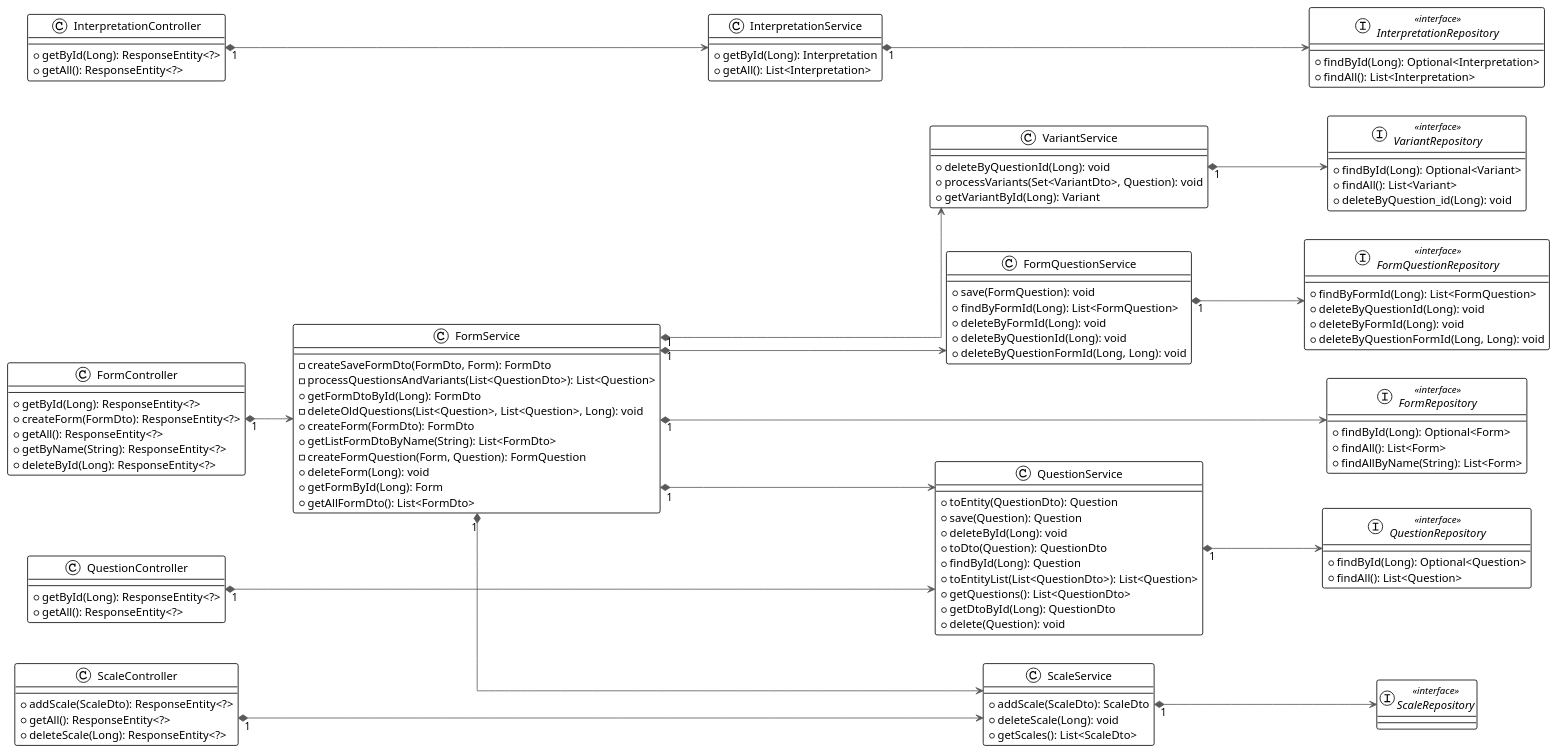
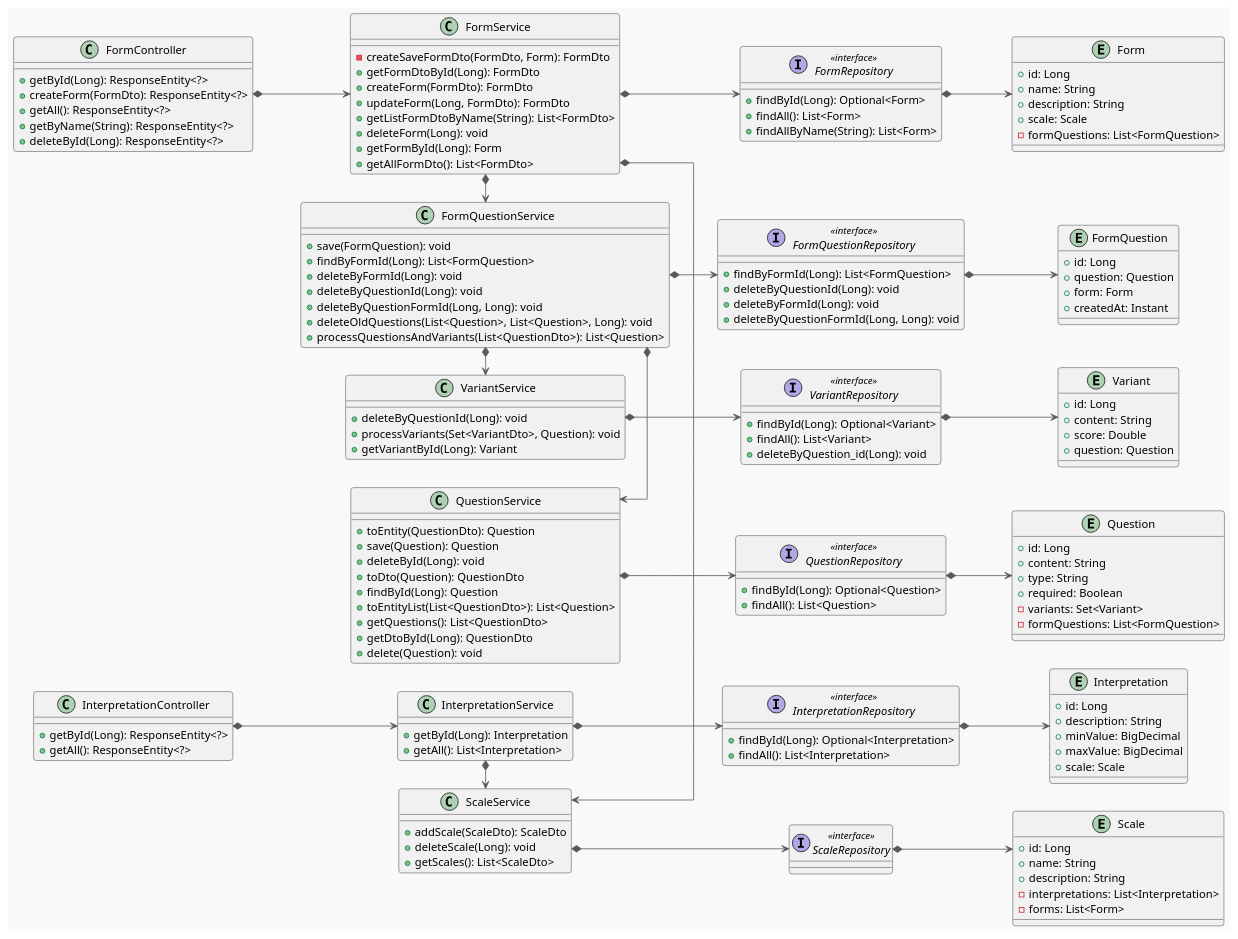
One commit to giezz/rc-arm-modules-back changed the diagram in questionnaire/uml/questionnaire.plantuml. Above: the diagram before and after it, drawn with PlantUML. The commit also changed 9 other files, not shown here.

Commit message:
refactoring in FormService & update plantuml

```diff
--- a/questionnaire/uml/questionnaire.plantuml
+++ b/questionnaire/uml/questionnaire.plantuml
@@ -1,113 +1,151 @@
 @startuml
 
-!theme plain
+!theme mars
 top to bottom direction
 skinparam linetype ortho
 left to right direction
 
 class FormController {
   + getById(Long): ResponseEntity<?>
   + createForm(FormDto): ResponseEntity<?>
   + getAll(): ResponseEntity<?>
   + getByName(String): ResponseEntity<?>
   + deleteById(Long): ResponseEntity<?>
 }
 interface FormQuestionRepository << interface >> {
   + findByFormId(Long): List<FormQuestion>
   + deleteByQuestionId(Long): void
   + deleteByFormId(Long): void
   + deleteByQuestionFormId(Long, Long): void
 }
 interface FormRepository << interface >> {
   + findById(Long): Optional<Form>
   + findAll(): List<Form>
   + findAllByName(String): List<Form>
 }
 class FormService {
   - createSaveFormDto(FormDto, Form): FormDto
-  - processQuestionsAndVariants(List<QuestionDto>): List<Question>
   + getFormDtoById(Long): FormDto
-  - deleteOldQuestions(List<Question>, List<Question>, Long): void
   + createForm(FormDto): FormDto
+  + updateForm(Long, FormDto): FormDto
   + getListFormDtoByName(String): List<FormDto>
-  - createFormQuestion(Form, Question): FormQuestion
   + deleteForm(Long): void
   + getFormById(Long): Form
   + getAllFormDto(): List<FormDto>
 }
 class InterpretationController {
   + getById(Long): ResponseEntity<?>
   + getAll(): ResponseEntity<?>
 }
 interface InterpretationRepository << interface >> {
   + findById(Long): Optional<Interpretation>
   + findAll(): List<Interpretation>
 }
 class InterpretationService {
   + getById(Long): Interpretation
   + getAll(): List<Interpretation>
 }
-class QuestionController {
-  + getById(Long): ResponseEntity<?>
-  + getAll(): ResponseEntity<?>
-}
 interface QuestionRepository << interface >> {
   + findById(Long): Optional<Question>
   + findAll(): List<Question>
 }
 class QuestionService {
   + toEntity(QuestionDto): Question
   + save(Question): Question
   + deleteById(Long): void
   + toDto(Question): QuestionDto
   + findById(Long): Question
   + toEntityList(List<QuestionDto>): List<Question>
   + getQuestions(): List<QuestionDto>
   + getDtoById(Long): QuestionDto
   + delete(Question): void
-}
-class ScaleController {
-  + addScale(ScaleDto): ResponseEntity<?>
-  + getAll(): ResponseEntity<?>
-  + deleteScale(Long): ResponseEntity<?>
 }
 interface ScaleRepository << interface >>
 class ScaleService {
   + addScale(ScaleDto): ScaleDto
   + deleteScale(Long): void
   + getScales(): List<ScaleDto>
 }
 interface VariantRepository << interface >> {
   + findById(Long): Optional<Variant>
   + findAll(): List<Variant>
   + deleteByQuestion_id(Long): void
 }
 class VariantService {
   + deleteByQuestionId(Long): void
   + processVariants(Set<VariantDto>, Question): void
   + getVariantById(Long): Variant
 }
 class FormQuestionService{
     + save(FormQuestion): void
     + findByFormId(Long): List<FormQuestion>
     + deleteByFormId(Long): void
     + deleteByQuestionId(Long): void
     + deleteByQuestionFormId(Long, Long): void
+    + deleteOldQuestions(List<Question>, List<Question>, Long): void
+    + processQuestionsAndVariants(List<QuestionDto>): List<Question>
+}
+entity Form{
+ + id: Long
+ + name: String
+ + description: String
+ + scale: Scale
+ - formQuestions: List<FormQuestion>
+}
+entity FormQuestion{
+    + id: Long
+    + question: Question
+    + form: Form
+    + createdAt: Instant
+}
+entity Interpretation{
+    + id: Long
+    + description: String
+    + minValue: BigDecimal
+    + maxValue: BigDecimal
+    + scale: Scale
+}
+entity Scale{
+    + id: Long
+    + name: String
+    + description: String
+    - interpretations: List<Interpretation>
+    - forms: List<Form>
+}
+entity Question{
+    + id: Long
+    + content: String
+    + type: String
+    + required: Boolean
+    - variants: Set<Variant>
+    - formQuestions: List<FormQuestion>
+}
+entity Variant{
+    + id: Long
+    + content: String
+    + score: Double
+    + question: Question
 }
 
 
-FormQuestionService      "1" *-[#595959,plain]--> FormQuestionRepository
-FormService              "1" *-[#595959,plain]--> FormQuestionService
-FormService              "1" *-[#595959,plain]----> FormRepository
-FormService              "1" *-[#595959,plain]--> QuestionService
-FormService              "1" *-[#595959,plain]--> VariantService
-FormService              "1" *-[#595959,plain]--> ScaleService
-FormController           "1" *-[#595959,plain]-> FormService
-InterpretationController "1" *-[#595959,plain]--> InterpretationService
-InterpretationService    "1" *-[#595959,plain]---> InterpretationRepository
-QuestionService          "1" *-[#595959,plain]--> QuestionRepository
-QuestionController       "1" *-[#595959,plain]---> QuestionService
-ScaleController          "1" *-[#595959,plain]---> ScaleService
-ScaleService             "1" *-[#595959,plain]--> ScaleRepository
-VariantService           "1" *-[#595959,plain]--> VariantRepository
+FormQuestionService       *-[#595959,plain]-> FormQuestionRepository
+FormQuestionService              *-[#595959,plain]> QuestionService
+FormQuestionService              *-[#595959,plain]> VariantService
+FormService              *-[#595959,plain]> FormQuestionService
+FormService              *-[#595959,plain]-> FormRepository
+FormService              *-[#595959,plain]> ScaleService
+FormController           *-[#595959,plain]-> FormService
+InterpretationController *-[#595959,plain]-> InterpretationService
+InterpretationService    *-[#595959,plain]-> InterpretationRepository
+InterpretationService    *-[#595959,plain]> ScaleService
+QuestionService          *-[#595959,plain]-> QuestionRepository
+ScaleService             *-[#595959,plain]-> ScaleRepository
+VariantService           *-[#595959,plain]-> VariantRepository
+FormRepository              *-[#595959,plain]-> Form
+FormQuestionRepository              *-[#595959,plain]-> FormQuestion
+InterpretationRepository              *-[#595959,plain]-> Interpretation
+ScaleRepository              *-[#595959,plain]-> Scale
+QuestionRepository              *-[#595959,plain]-> Question
+VariantRepository              *-[#595959,plain]-> Variant
+
 @enduml
```
